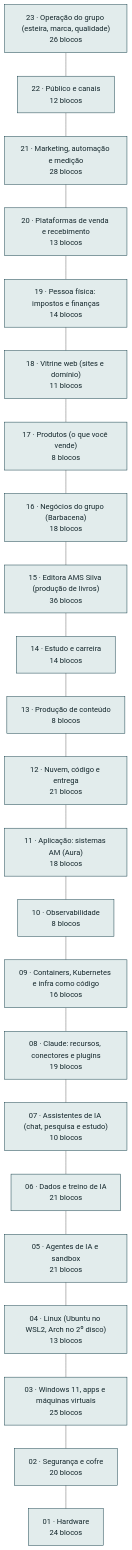
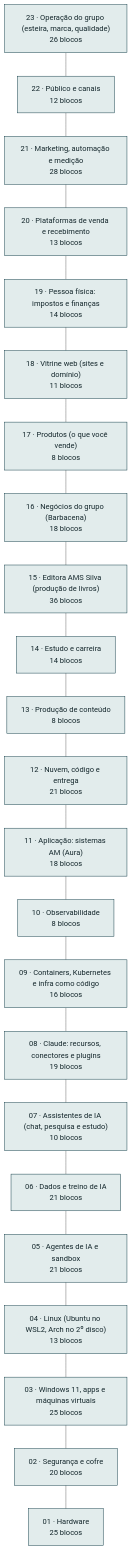
One commit to AlanMateus17/dev-setup changed the diagram in docs/arquitetura.md. Above: the diagram before and after it, drawn with Mermaid (neutral theme). The commit also changed other lines of this file and 19 other files, not shown here.

````diff
--- a/docs/arquitetura.md
+++ b/docs/arquitetura.md
@@ -10,50 +10,50 @@
 ```mermaid
 flowchart TB
   L_oper["23 · Operação do grupo (esteira, marca, qualidade)<br/>26 blocos"]
   L_pub["22 · Público e canais<br/>12 blocos"]
   L_mkt["21 · Marketing, automação e medição<br/>28 blocos"]
   L_venda["20 · Plataformas de venda e recebimento<br/>13 blocos"]
   L_emp["19 · Pessoa física: impostos e finanças<br/>14 blocos"]
   L_web["18 · Vitrine web (sites e domínio)<br/>11 blocos"]
   L_prod["17 · Produtos (o que você vende)<br/>8 blocos"]
   L_neg["16 · Negócios do grupo (Barbacena)<br/>18 blocos"]
   L_editora["15 · Editora AMS Silva (produção de livros)<br/>36 blocos"]
   L_est["14 · Estudo e carreira<br/>14 blocos"]
   L_cont["13 · Produção de conteúdo<br/>8 blocos"]
   L_nuvem["12 · Nuvem, código e entrega<br/>21 blocos"]
   L_app["11 · Aplicação: sistemas AM (Aura)<br/>18 blocos"]
   L_obs["10 · Observabilidade<br/>8 blocos"]
   L_cnt["09 · Containers, Kubernetes e infra como código<br/>16 blocos"]
   L_clc["08 · Claude: recursos, conectores e plugins<br/>19 blocos"]
   L_chat["07 · Assistentes de IA (chat, pesquisa e estudo)<br/>10 blocos"]
   L_dados["06 · Dados e treino de IA<br/>21 blocos"]
   L_ia["05 · Agentes de IA e sandbox<br/>21 blocos"]
   L_lin["04 · Linux (Ubuntu no WSL2, Arch no 2º disco)<br/>13 blocos"]
   L_win["03 · Windows 11, apps e máquinas virtuais<br/>25 blocos"]
   L_seg["02 · Segurança e cofre<br/>20 blocos"]
-  L_hw["01 · Hardware<br/>24 blocos"]
+  L_hw["01 · Hardware<br/>25 blocos"]
   L_oper --- L_pub
   L_pub --- L_mkt
   L_mkt --- L_venda
   L_venda --- L_emp
   L_emp --- L_web
   L_web --- L_prod
   L_prod --- L_neg
   L_neg --- L_editora
   L_editora --- L_est
   L_est --- L_cont
   L_cont --- L_nuvem
   L_nuvem --- L_app
   L_app --- L_obs
   L_obs --- L_cnt
   L_cnt --- L_clc
   L_clc --- L_chat
   L_chat --- L_dados
   L_dados --- L_ia
   L_ia --- L_lin
   L_lin --- L_win
   L_win --- L_seg
   L_seg --- L_hw
   classDef cam fill:#e2ecec,stroke:#0e3a45,color:#13262b
   class L_oper,L_pub,L_mkt,L_venda,L_emp,L_web,L_prod,L_neg,L_editora,L_est,L_cont,L_nuvem,L_app,L_obs,L_cnt,L_clc,L_chat,L_dados,L_ia,L_lin,L_win,L_seg,L_hw cam
 ```
````
